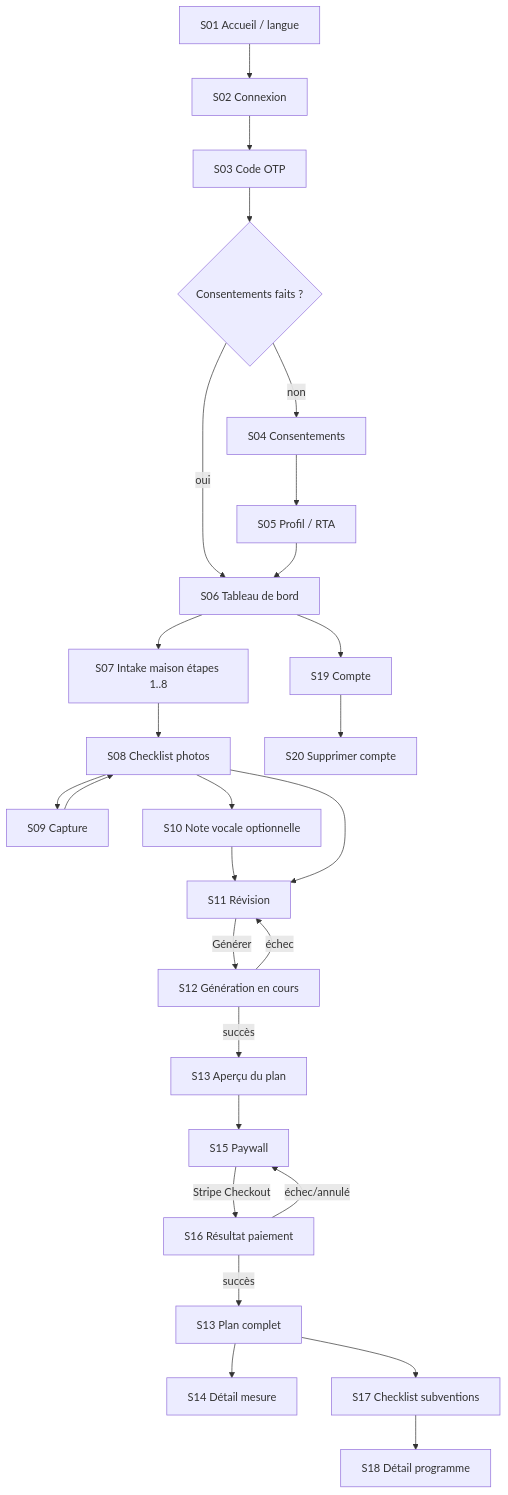
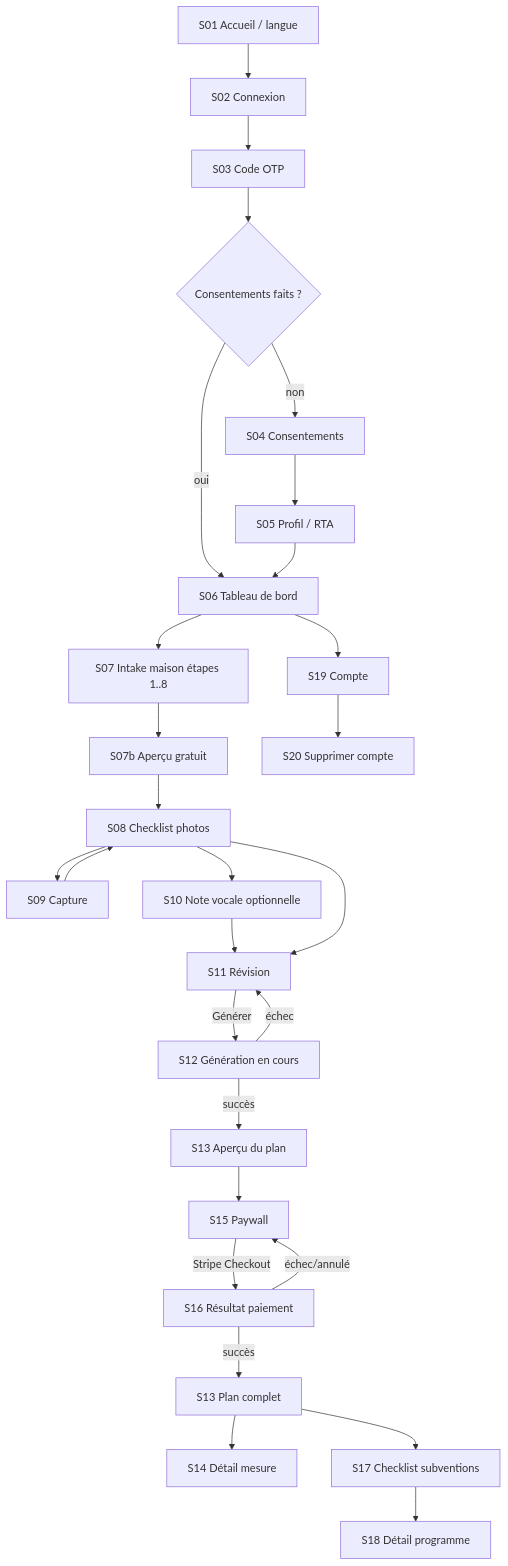
The diagram in docs/04-ui-ux.md (VernoB/renoroute), drawn with Mermaid before and after one commit. The commit also changed other lines of this file and 1 other file, not shown here.

Commit message:
M3-09: describe the free preview before photos and the paywall

````diff
--- a/docs/04-ui-ux.md
+++ b/docs/04-ui-ux.md
@@ -45,29 +46,30 @@
 ```mermaid
 flowchart TD
   A[S01 Accueil / langue] --> B[S02 Connexion]
   B --> C[S03 Code OTP]
   C --> D{Consentements faits ?}
   D -- non --> E[S04 Consentements]
   E --> F[S05 Profil / RTA]
   D -- oui --> G[S06 Tableau de bord]
   F --> G
   G --> H[S07 Intake maison étapes 1..8]
-  H --> I[S08 Checklist photos]
+  H --> H2[S07b Aperçu gratuit]
+  H2 --> I[S08 Checklist photos]
   I --> J[S09 Capture]
   J --> I
   I --> K[S10 Note vocale optionnelle]
   K --> L[S11 Révision]
   I --> L
   L -- Générer --> M[S12 Génération en cours]
   M -- succès --> N[S13 Aperçu du plan]
   M -- échec --> L
   N --> O[S15 Paywall]
   O -- Stripe Checkout --> P[S16 Résultat paiement]
   P -- succès --> Q[S13 Plan complet]
   P -- échec/annulé --> O
   Q --> R[S14 Détail mesure]
   Q --> S[S17 Checklist subventions]
   S --> T[S18 Détail programme]
   G --> U[S19 Compte]
   U --> V[S20 Supprimer compte]
 ```
````
